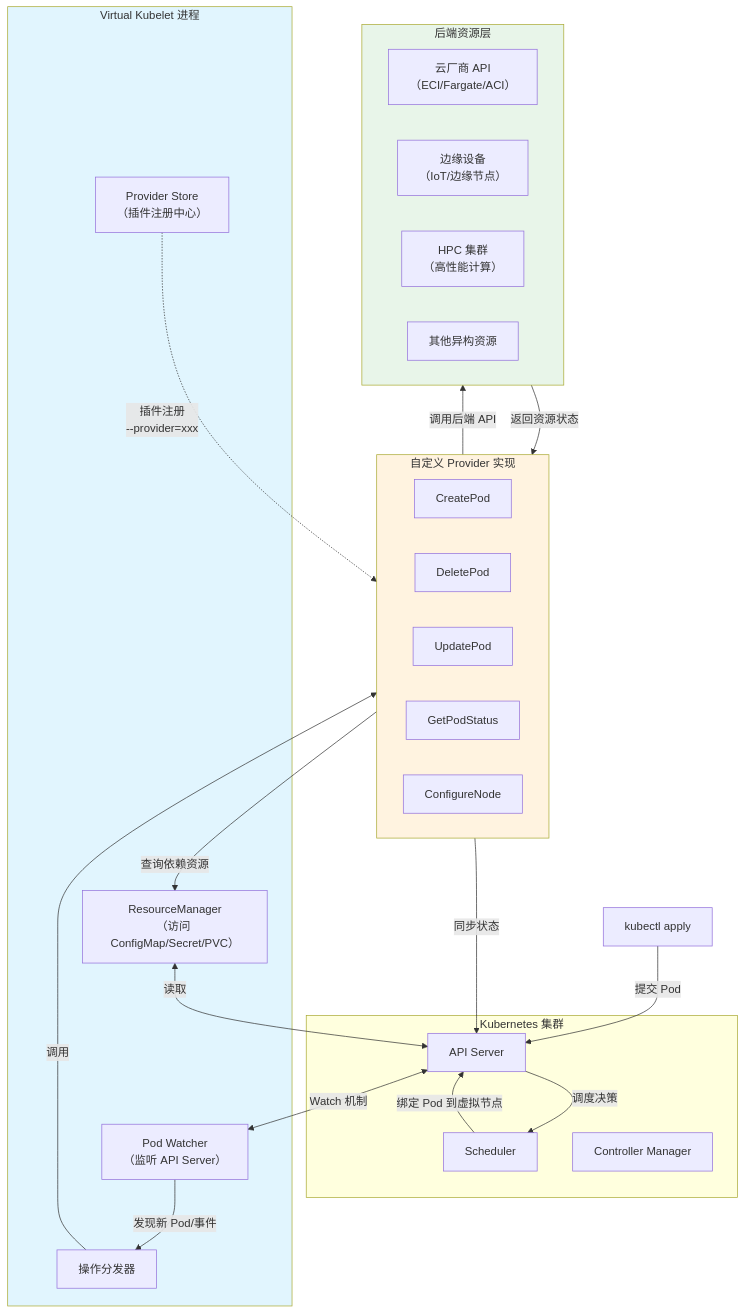
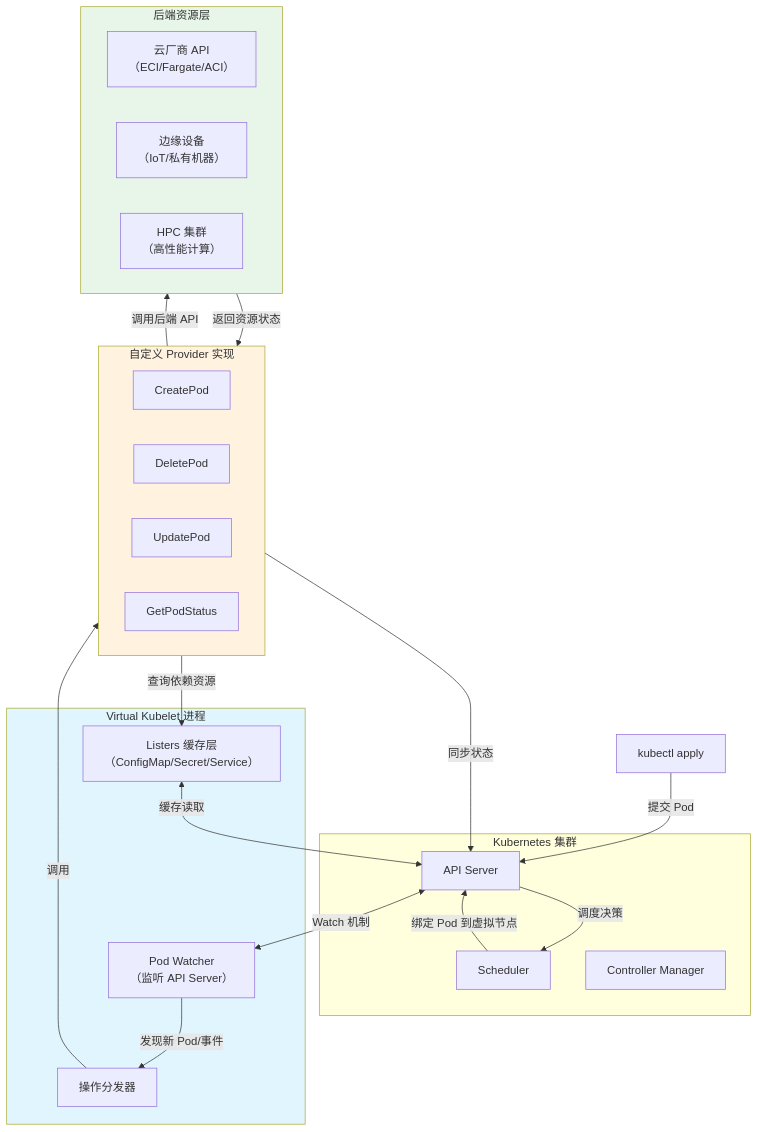
One commit to zgfh/zgfh.github.io changed the first of 7 diagrams in content/docs/k8s/extend/virtual-kubelet-provider.md. Above: the diagram before and after it, drawn with Mermaid. The commit also changed other lines of this file, not shown here.

````diff
--- a/content/docs/k8s/extend/virtual-kubelet-provider.md
+++ b/content/docs/k8s/extend/virtual-kubelet-provider.md
@@ -27,51 +25,46 @@
 ```mermaid
 flowchart TB
     subgraph K8s["Kubernetes 集群"]
         APIServer["API Server"]
         Scheduler["Scheduler"]
         CM["Controller Manager"]
     end
 
     subgraph VK["Virtual Kubelet 进程"]
         Watcher["Pod Watcher<br/>（监听 API Server）"]
-        RM["ResourceManager<br/>（访问 ConfigMap/Secret/PVC）"]
-        Store["Provider Store<br/>（插件注册中心）"]
+        Listers["Listers 缓存层<br/>（ConfigMap/Secret/Service）"]
         Dispatcher["操作分发器"]
     end
 
     subgraph Provider["自定义 Provider 实现"]
         Create["CreatePod"]
         Delete["DeletePod"]
         Update["UpdatePod"]
         GetStatus["GetPodStatus"]
-        Configure["ConfigureNode"]
     end
 
     subgraph Backend["后端资源层"]
         Cloud["云厂商 API<br/>（ECI/Fargate/ACI）"]
-        Edge["边缘设备<br/>（IoT/边缘节点）"]
+        Edge["边缘设备<br/>（IoT/私有机器）"]
         HPC["HPC 集群<br/>（高性能计算）"]
-        Other["其他异构资源"]
     end
 
     User["kubectl apply"] -->|"提交 Pod"| APIServer
     APIServer -->|"调度决策"| Scheduler
     Scheduler -->|"绑定 Pod 到虚拟节点"| APIServer
 
     APIServer <-->|"Watch 机制"| Watcher
     Watcher -->|"发现新 Pod/事件"| Dispatcher
     Dispatcher -->|"调用"| Provider
 
-    Provider -->|"查询依赖资源"| RM
-    RM <-->|"读取"| APIServer
-
-    Store -.->|"插件注册<br/>--provider=xxx"| Provider
+    Provider -->|"查询依赖资源"| Listers
+    Listers <-->|"缓存读取"| APIServer
 
     Provider -->|"调用后端 API"| Backend
     Backend -->|"返回资源状态"| Provider
     Provider -->|"同步状态"| APIServer
 
     style VK fill:#e1f5fe
     style Provider fill:#fff3e0
     style Backend fill:#e8f5e9
 ```
````
